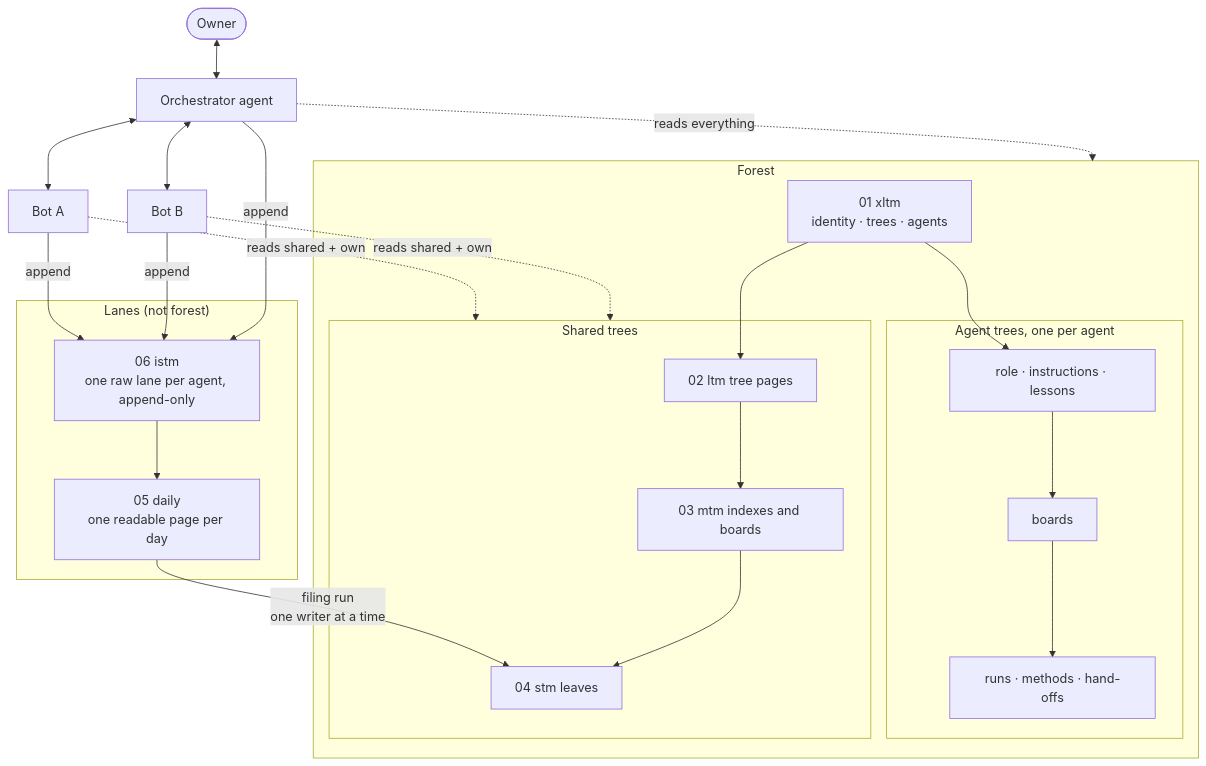
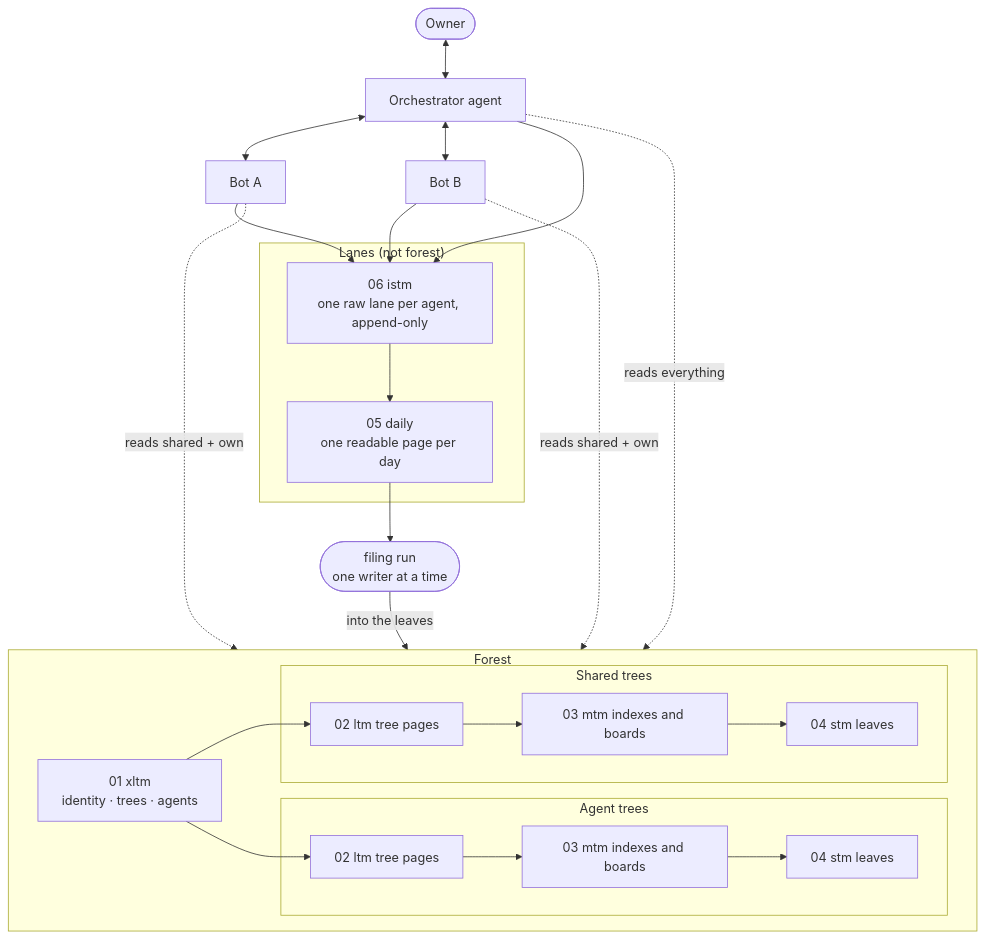
Before and after one commit to agent-memory-atlas-archive/hyungchulc--agent-memory-forest: the first of 2 diagrams in README.md, drawn with Mermaid. The commit also changed other lines of this file and 11 other files, not shown here.

First line of the commit message:
docs: the front page draws an agent's tree like any other tree and says how finding works

````diff
--- a/README.md
+++ b/README.md
@@ -163,34 +163,35 @@
 ```mermaid
 flowchart TB
     owner(["Owner"]) <--> hub["Orchestrator agent"]
     hub <--> botA["Bot A"]
     hub <--> botB["Bot B"]
 
     subgraph lanes ["Lanes (not forest)"]
         istm["06 istm<br/>one raw lane per agent, append-only"]
         daily["05 daily<br/>one readable page per day"]
         istm --> daily
     end
 
-    hub -- append --> istm
-    botA -- append --> istm
-    botB -- append --> istm
+    hub --> istm
+    botA --> istm
+    botB --> istm
 
-    daily -- "filing run<br/>one writer at a time" --> stm
+    daily --> filing(["filing run<br/>one writer at a time"])
+    filing -- into the leaves --> forest
 
     subgraph forest ["Forest"]
         xltm["01 xltm<br/>identity · trees · agents"]
+        subgraph own ["Agent trees"]
+            altm["02 ltm tree pages"] --> amtm["03 mtm indexes and boards"] --> astm["04 stm leaves"]
+        end
         subgraph shared ["Shared trees"]
             ltm["02 ltm tree pages"] --> mtm["03 mtm indexes and boards"] --> stm["04 stm leaves"]
-        end
-        subgraph own ["Agent trees, one per agent"]
-            altm["role · instructions · lessons"] --> amtm["boards"] --> astm["runs · methods · hand-offs"]
         end
         xltm --> ltm
         xltm --> altm
     end
 
     hub -. reads everything .-> forest
-    botA -. reads shared + own .-> shared
-    botB -. reads shared + own .-> shared
+    botA -. reads shared + own .-> forest
+    botB -. reads shared + own .-> forest
 ```
````
